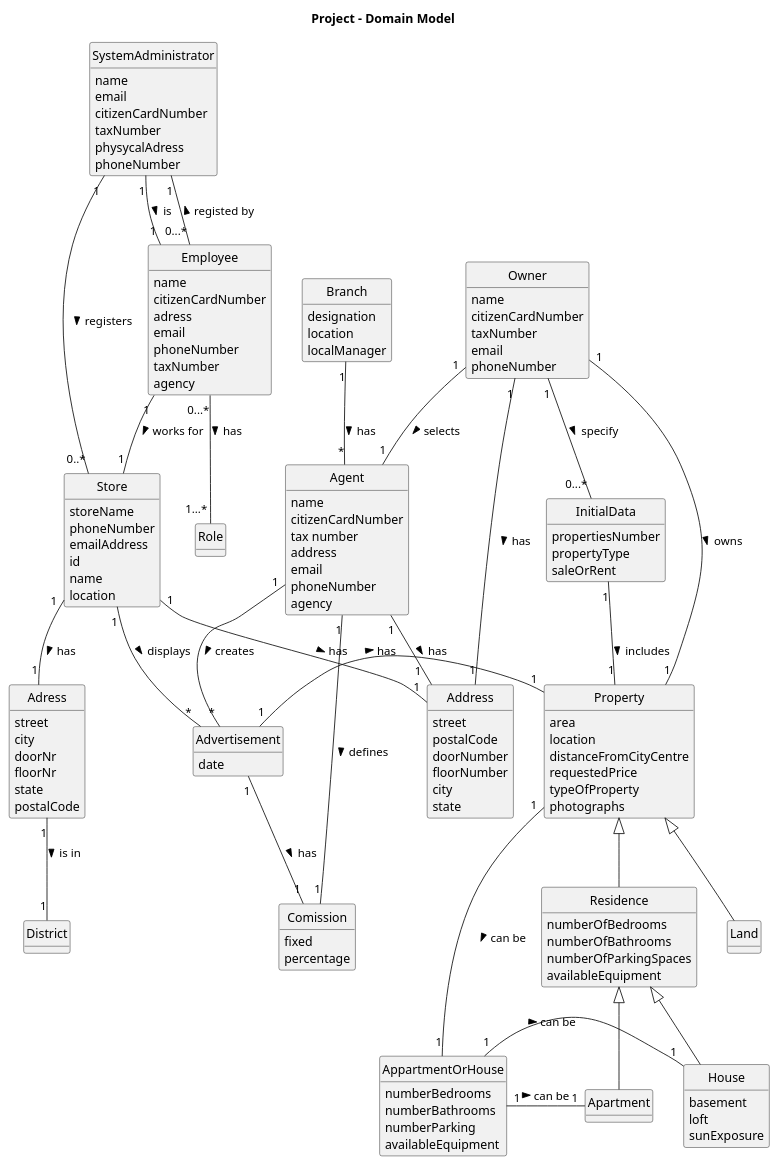
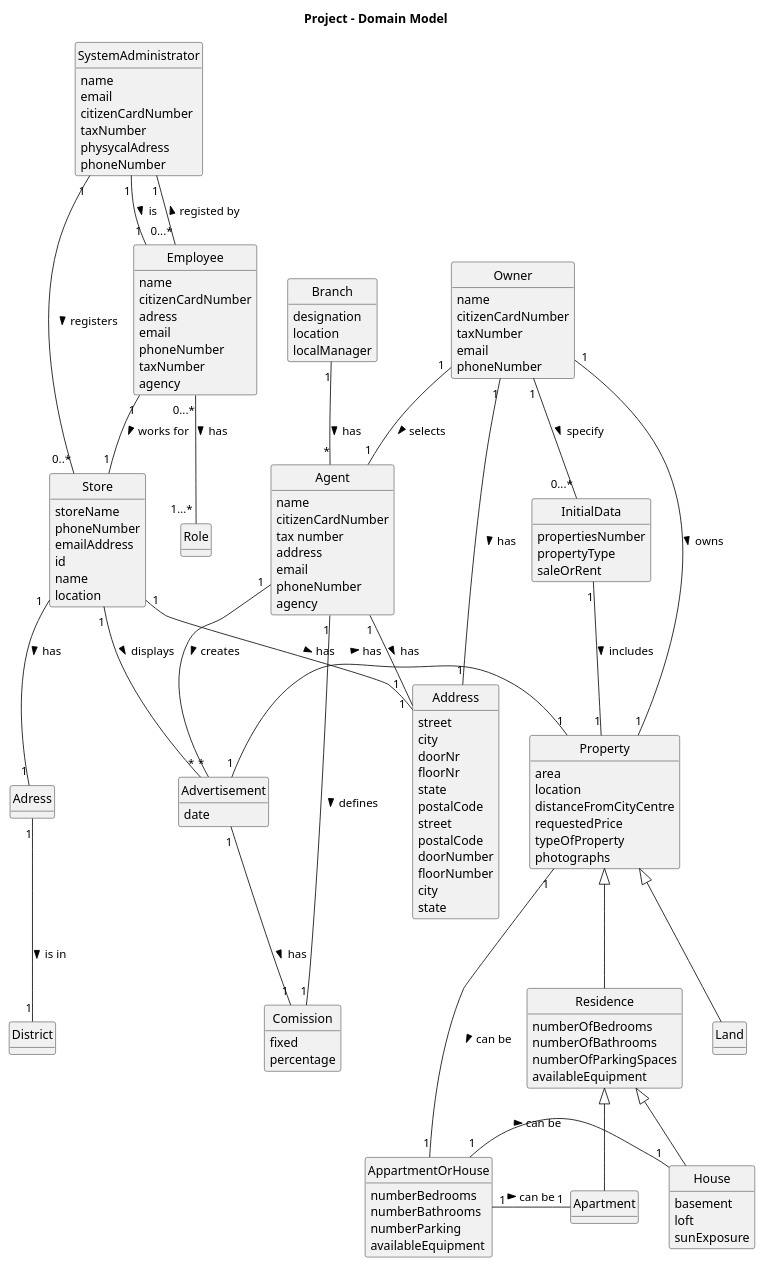
Before and after one commit to 1220812/LAPR2: the diagram in docs/sprintB/global-artifacts/02.analysis/puml/project-domain-model.puml, drawn with PlantUML. The commit also changed 6 other files, not shown here.

```diff
--- a/docs/sprintB/global-artifacts/02.analysis/puml/project-domain-model.puml
+++ b/docs/sprintB/global-artifacts/02.analysis/puml/project-domain-model.puml
@@ -1,175 +1,175 @@
 @startuml
 skinparam monochrome true
 skinparam packageStyle rectangle
 skinparam shadowing false
 
 'left to right direction
 
 skinparam classAttributeIconSize 0
 
 hide circle
 hide methods
 
 title Project - Domain Model
 
-class Adress{
+class Address{
 street
 city
 doorNr
 floorNr
 state
 postalCode
 }
 
 class District {
 }
 
 class Advertisement {
 }
 
 class Store {
     storeName
     phoneNumber
     emailAddress
     id
     name
     location
 }
 class Branch {
     designation
     location
     localManager
 }
 
 class Agent {
     name
     citizenCardNumber
     tax number
     address
     email
     phoneNumber
     agency
 }
 
 class Property {
     area
     location
     distanceFromCityCentre
     requestedPrice
     typeOfProperty
     photographs
 }
 class Residence{
 numberOfBedrooms
 numberOfBathrooms
 numberOfParkingSpaces
 availableEquipment
 }
 
 class Advertisement {
     date
 }
 
 class AppartmentOrHouse {
     numberBedrooms
     numberBathrooms
     numberParking
     availableEquipment
 }
 
 class Comission {
     fixed
     percentage
 }
 class SystemAdministrator{
   name
   email
   citizenCardNumber
   taxNumber
   physycalAdress
   phoneNumber
 }
 
 
 class Employee {
     name
     citizenCardNumber
     adress
     email
     phoneNumber
     taxNumber
     agency
 }
 
 
 
 class Owner{
 name
 citizenCardNumber
 taxNumber
 email
 phoneNumber
 }
 
 class Role{
 }
 class Address {
     street
     postalCode
     doorNumber
     floorNumber
     city
     state
 }
 class InitialData{
 propertiesNumber
 propertyType
 saleOrRent
 }
 class House{
 basement
 loft
 sunExposure
 }
 
 class Apartment{
 }
 class Land{
 }
 
 
 SystemAdministrator "1" -- "0..*" Store : registers >
 Store "1" -- "1" Address : has  >
 
 SystemAdministrator "1"--"0...*" Employee: registed by <
 SystemAdministrator "1"--"1" Employee: is >
 Employee "1"--"1" Store: works for >
 Employee "0...*"--"1...*" Role: has >
 Branch "1" -- "*" Agent : has >
 Agent "1" -- "*" Advertisement : creates >
 Owner "1" -- "1" Property : owns >
 Advertisement "1" - "1" Property : has >
 Property "1" -- "1" AppartmentOrHouse : can be >
 AppartmentOrHouse "1" - "1" House : can be >
 AppartmentOrHouse "1" - "1" Apartment : can be >
 Advertisement "1" -- "1" Comission : has >
 Agent "1" - "1" Comission : defines >
 
 Store "1"-- "*" Advertisement : displays >
 Store "1" -- "1" Adress : has  >
 Adress "1" -- "1" District : is in >
 
 Agent "1" -- "1  " Address : has  >
 
 Owner "1" -- "0...*" InitialData : specify >
 Owner "1" -- "1" Agent : selects >
 Owner "1" -- "1" Address : has  >
 
 InitialData "1" -- "1" Property : includes >
 
 Property <|--  Residence
 Property <|-- Land
 
 Residence <|-- House
 Residence <|-- Apartment
 @enduml
```
